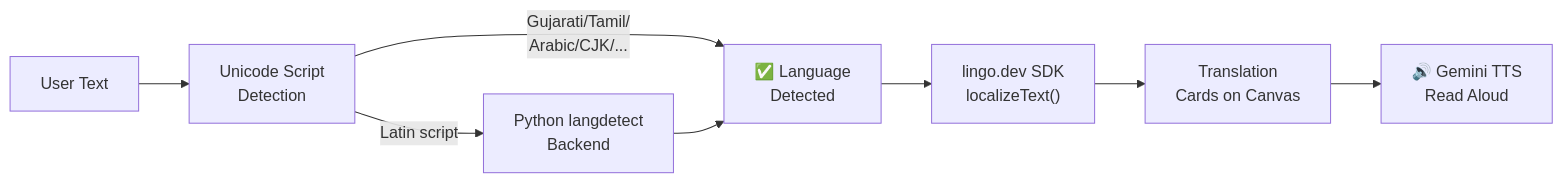
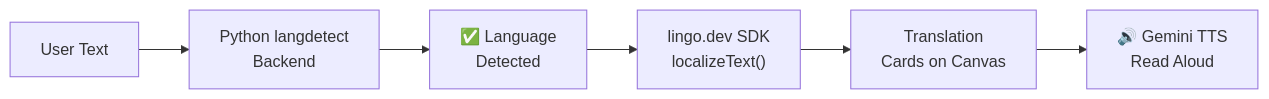
Before and after one commit to Atharvsinh-codez/Langoworld: the second of 5 diagrams in README.md, drawn with Mermaid. The commit also changed other lines of this file, not shown here.

Commit message:
Remove all Unicode script detection references from README

````diff
--- a/README.md
+++ b/README.md
@@ -79,10 +78,8 @@
 ```mermaid
 graph LR
-    Input["User Text"] --> Unicode["Unicode Script<br/>Detection"]
-    Unicode -->|"Gujarati/Tamil/<br/>Arabic/CJK/..."| Detected["✅ Language<br/>Detected"]
-    Unicode -->|"Latin script"| Python["Python langdetect<br/>Backend"]
-    Python --> Detected
+    Input["User Text"] --> LangDetect["Python langdetect<br/>Backend"]
+    LangDetect --> Detected["✅ Language<br/>Detected"]
     Detected --> LingoSDK["lingo.dev SDK<br/>localizeText()"]
     LingoSDK --> Result["Translation<br/>Cards on Canvas"]
     Result --> TTS2["🔊 Gemini TTS<br/>Read Aloud"]
 ```
````
